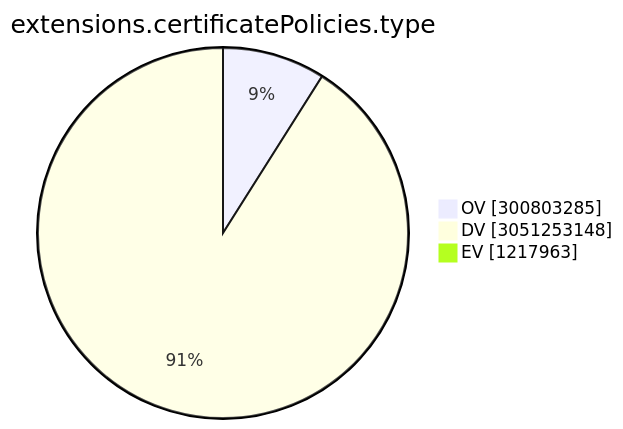
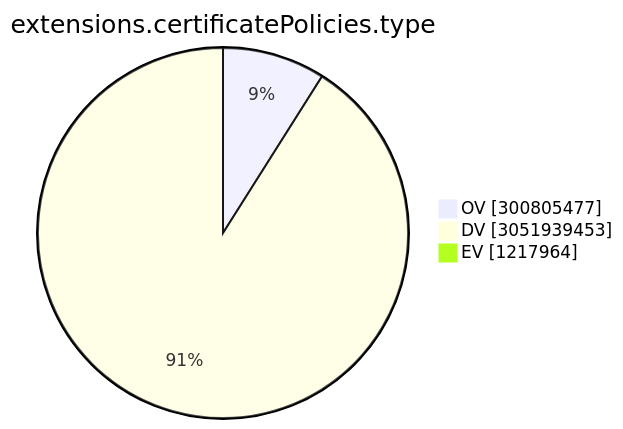
The ninth of 15 diagrams in TOTAL/README.md (christiankrug/ctmonitor_visualization), drawn with Mermaid before and after one commit. The commit also changed other lines of this file, not shown here.

````diff
--- a/TOTAL/README.md
+++ b/TOTAL/README.md
@@ -3102,7 +3102,7 @@
 ```mermaid
 pie showData
 title extensions.certificatePolicies.type
-"OV" :300803285
-"DV" :3051253148
-"EV" :1217963
+"OV" :300805477
+"DV" :3051939453
+"EV" :1217964
 ```
````
